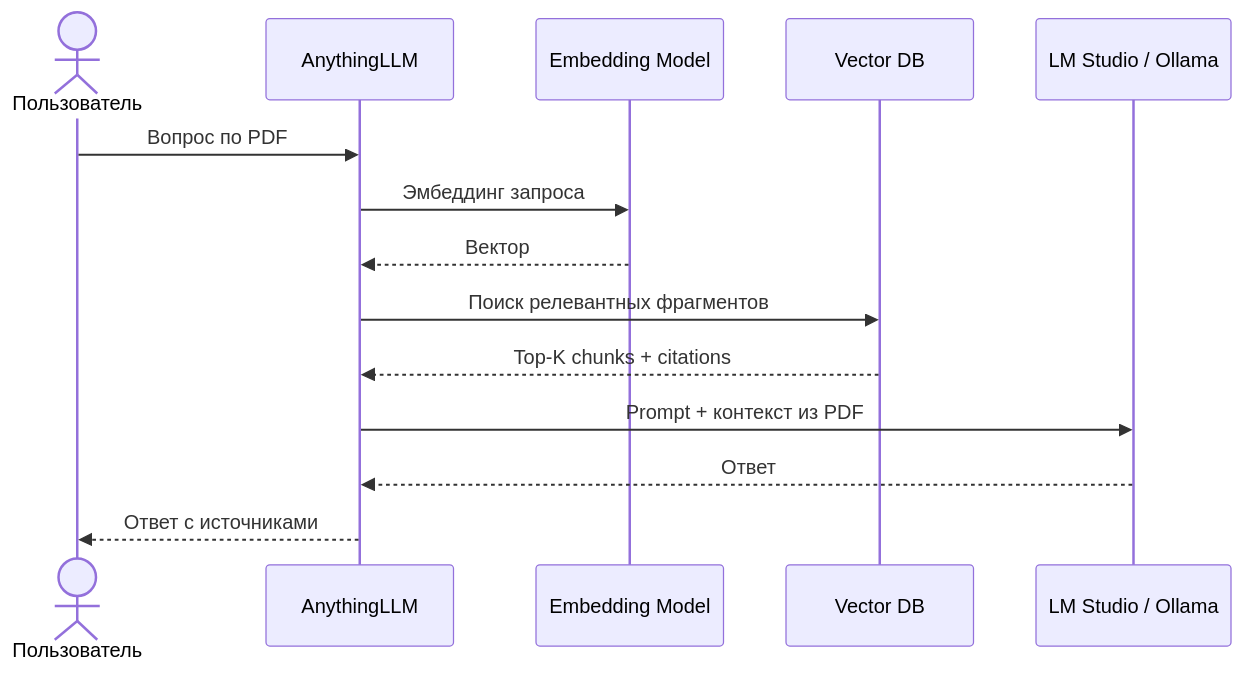
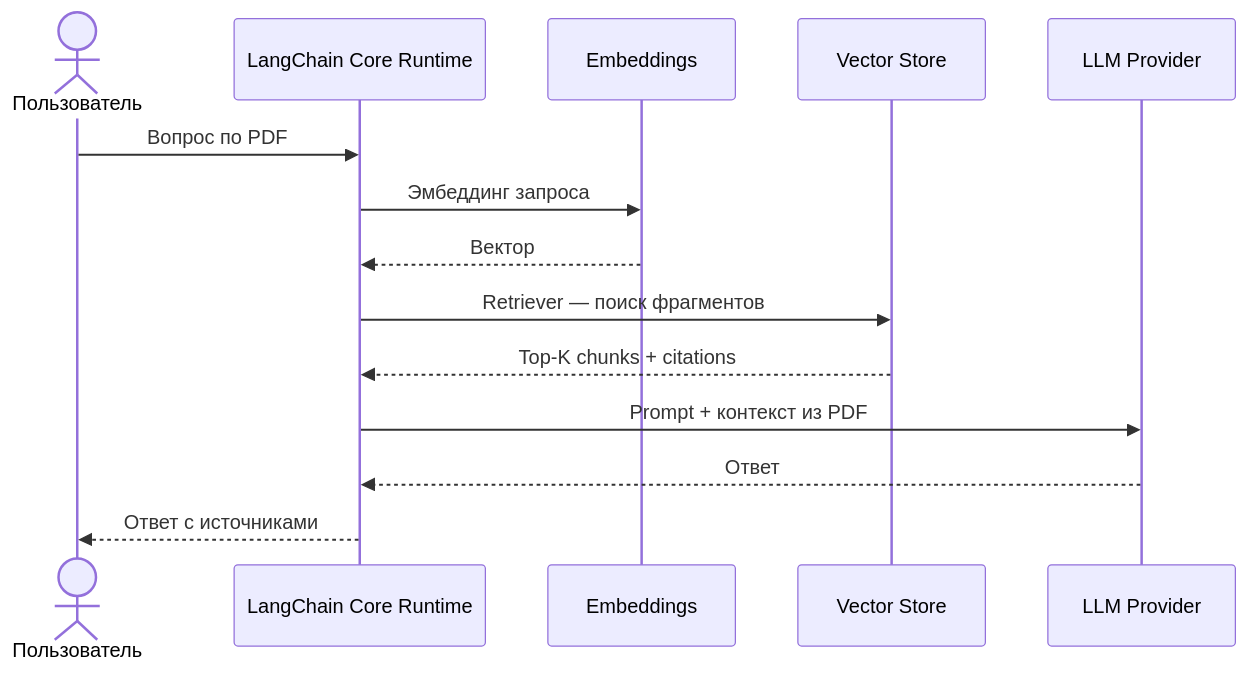
One commit to Boldurev16/TR-Agent changed the fourth of 6 diagrams in docs/PRD.md. Above: the diagram before and after it, drawn with Mermaid. The commit also changed other lines of this file and 1 other file, not shown here.

Commit message:
Replace AnythingLLM with LangChain Core components and remove port references (PRD v1.0.3).

````diff
--- a/docs/PRD.md
+++ b/docs/PRD.md
@@ -292,17 +292,17 @@
 ```mermaid
 sequenceDiagram
     actor U as Пользователь
-    participant A as AnythingLLM
-    participant E as Embedding Model
-    participant V as Vector DB
-    participant L as LM Studio / Ollama
+    participant R as LangChain Core Runtime
+    participant E as Embeddings
+    participant V as Vector Store
+    participant L as LLM Provider
 
-    U->>A: Вопрос по PDF
-    A->>E: Эмбеддинг запроса
-    E-->>A: Вектор
-    A->>V: Поиск релевантных фрагментов
-    V-->>A: Top-K chunks + citations
-    A->>L: Prompt + контекст из PDF
-    L-->>A: Ответ
-    A-->>U: Ответ с источниками
+    U->>R: Вопрос по PDF
+    R->>E: Эмбеддинг запроса
+    E-->>R: Вектор
+    R->>V: Retriever — поиск фрагментов
+    V-->>R: Top-K chunks + citations
+    R->>L: Prompt + контекст из PDF
+    L-->>R: Ответ
+    R-->>U: Ответ с источниками
 ```
````
